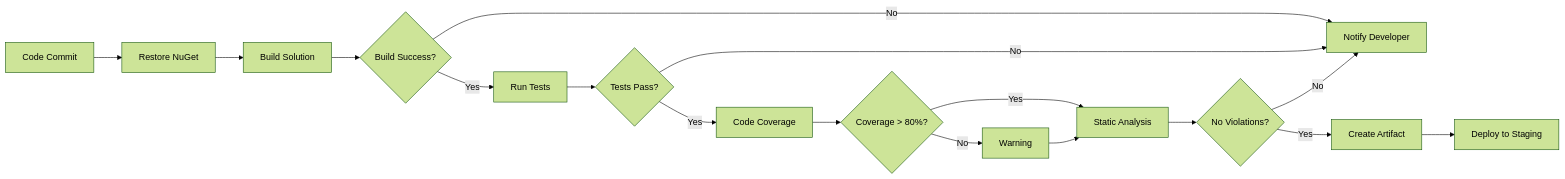
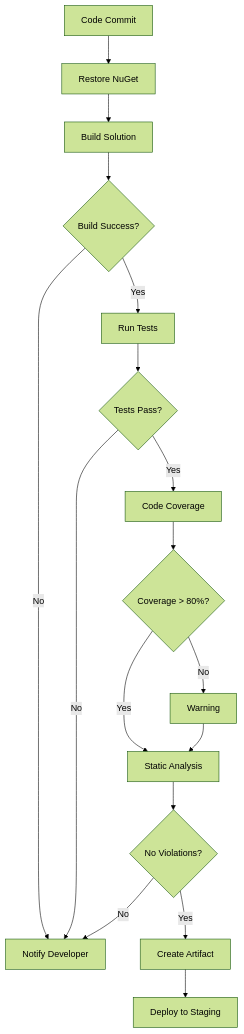
Before and after one commit to JDKoll1982/MTM_Receiving_Application: the seventh of 11 diagrams in Module_Receiving/Preparation/MASTER_PROMPT_SUGGESTIONS_PRINT.md, drawn with Mermaid (forest theme). The commit also changed other lines of this file and 2 other files, not shown here.

Commit message:
Refactor code structure for improved readability and maintainability

````diff
--- a/Module_Receiving/Preparation/MASTER_PROMPT_SUGGESTIONS_PRINT.md
+++ b/Module_Receiving/Preparation/MASTER_PROMPT_SUGGESTIONS_PRINT.md
@@ -402,19 +402,19 @@
 ```mermaid
-flowchart LR
+flowchart TB
     A[Code Commit] --> B[Restore NuGet]
     B --> C[Build Solution]
     C --> D{Build Success?}
     D -->|No| E[Notify Developer]
     D -->|Yes| F[Run Tests]
     F --> G{Tests Pass?}
     G -->|No| E
     G -->|Yes| H[Code Coverage]
     H --> I{Coverage > 80%?}
     I -->|No| J[Warning]
     I -->|Yes| K[Static Analysis]
     J --> K
     K --> L{No Violations?}
     L -->|No| E
     L -->|Yes| M[Create Artifact]
     M --> N[Deploy to Staging]
 ```
````
